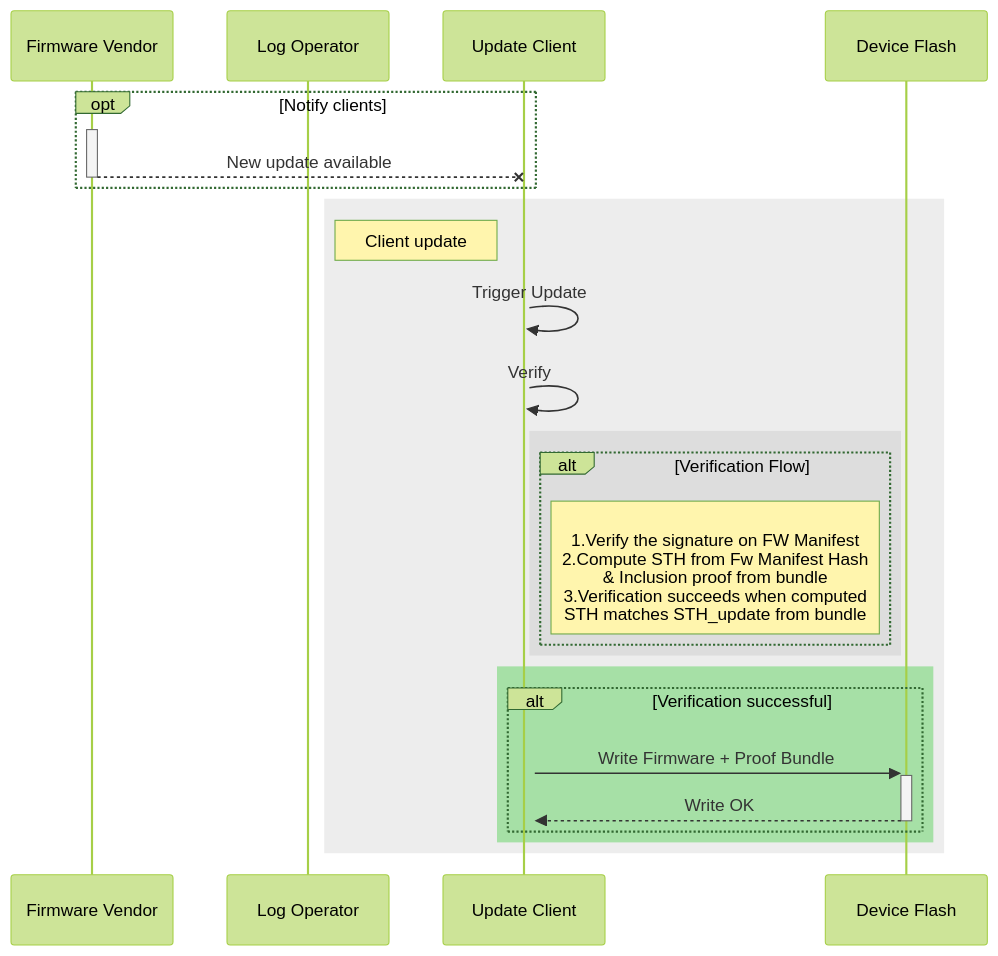
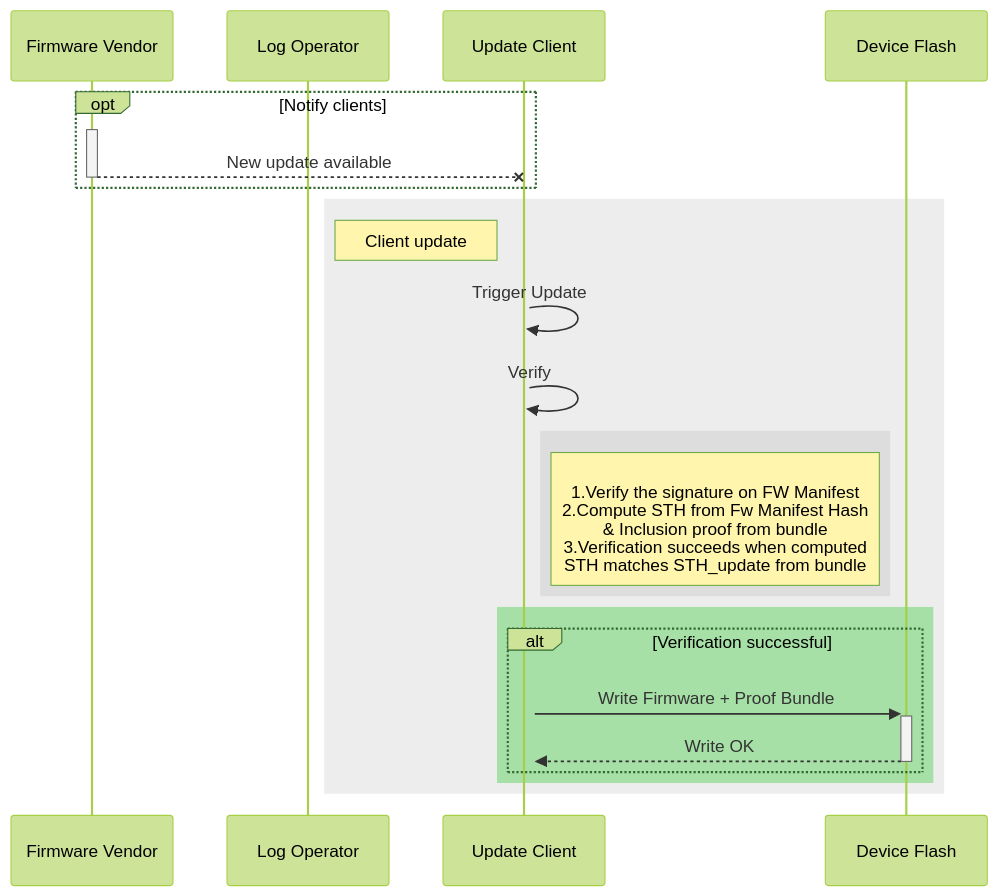
One commit to google/trillian-examples changed the diagram in binary_transparency/firmware/docs/design/diagrams/fw_factory.mmd. Above: the diagram before and after it, drawn with Mermaid (forest theme). The commit also changed 5 other files, not shown here.

```diff
--- a/binary_transparency/firmware/docs/design/diagrams/fw_factory.mmd
+++ b/binary_transparency/firmware/docs/design/diagrams/fw_factory.mmd
@@ -1,33 +1,31 @@
 sequenceDiagram
     participant vendor as Firmware Vendor
     participant log as Log Operator
     participant update as Update Client
     participant flash as Device Flash
 
 
     opt Notify clients
         activate vendor
         vendor --X update: New update available
         deactivate vendor
     end
 
     rect rgba(80,80,80,0.1)
         note right of log: Client update
         activate update
         update ->> update: Trigger Update
 
         update ->> update: Verify
-            rect rgba(80,80,80,0.1)
-                alt Verification Flow
+        rect rgba(80,80,80,0.1)
         note right of update: <br> 1.Verify the signature on FW Manifest <br> 2.Compute STH from Fw Manifest Hash<br> & Inclusion proof from bundle <br>3.Verification succeeds when computed <br>STH matches STH_update from bundle
-                end
-            end
+        end
 
         activate update
         rect rgba(0,192,0,0.3)
             alt Verification successful
                 update ->>+ flash: Write Firmware + Proof Bundle
                 flash -->>- update: Write OK
             end
         end
     end
```
